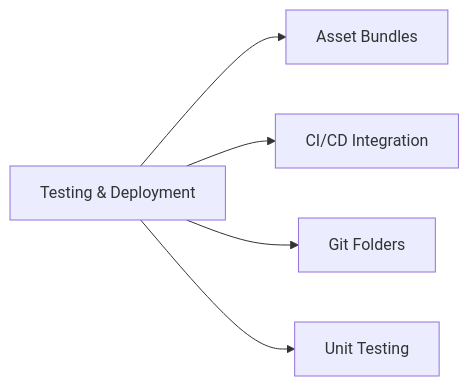
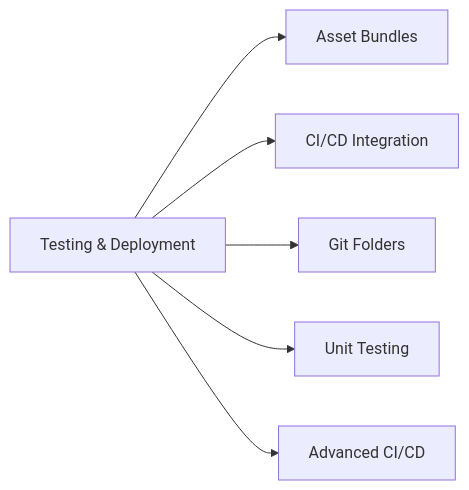
Before and after one commit to kengio/databricks-certification-study-guide: the first of 4 diagrams in certifications/data-engineer-professional/06-testing-deployment/README.md, drawn with Mermaid. The commit also changed other lines of this file and 29 other files, not shown here.

````diff
--- a/certifications/data-engineer-professional/06-testing-deployment/README.md
+++ b/certifications/data-engineer-professional/06-testing-deployment/README.md
@@ -18,7 +18,8 @@
 ```mermaid
 flowchart LR
     TD[Testing & Deployment] --> DAB[Asset Bundles]
     TD --> CICD[CI/CD Integration]
     TD --> Git[Git Folders]
     TD --> UT[Unit Testing]
+    TD --> AC[Advanced CI/CD]
 ```
````
